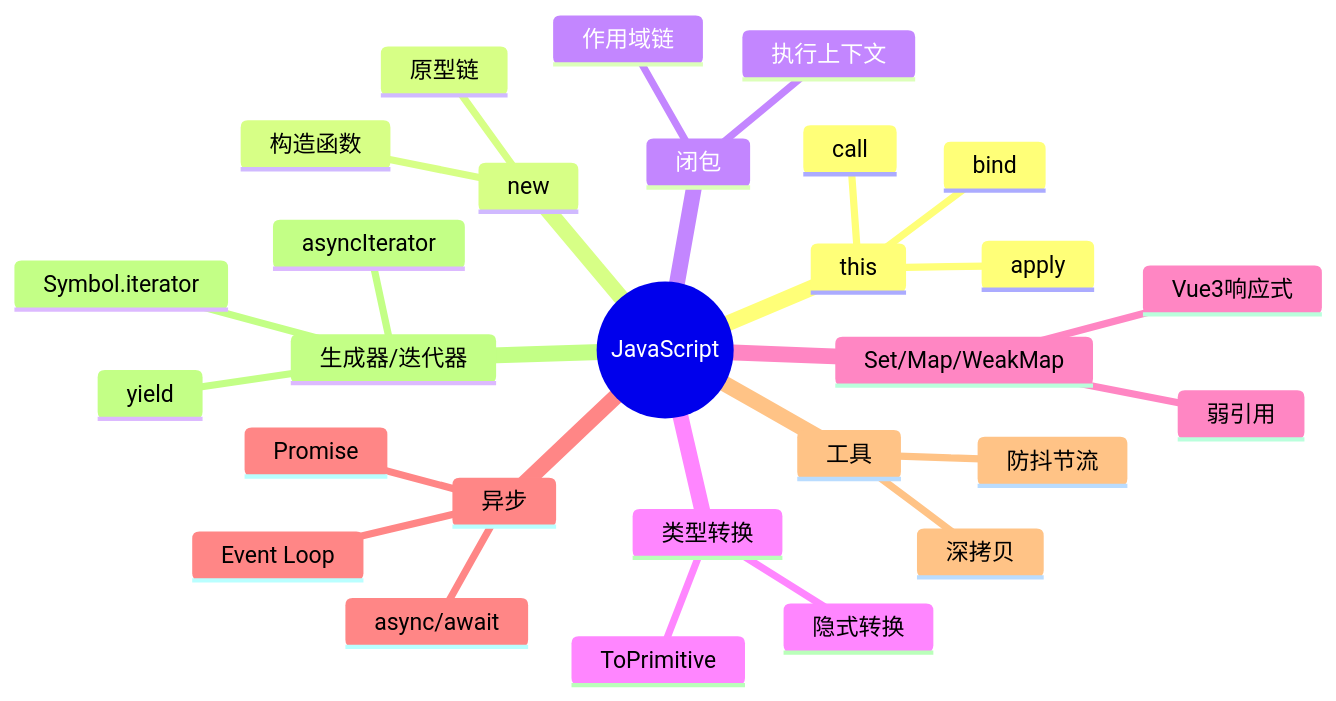
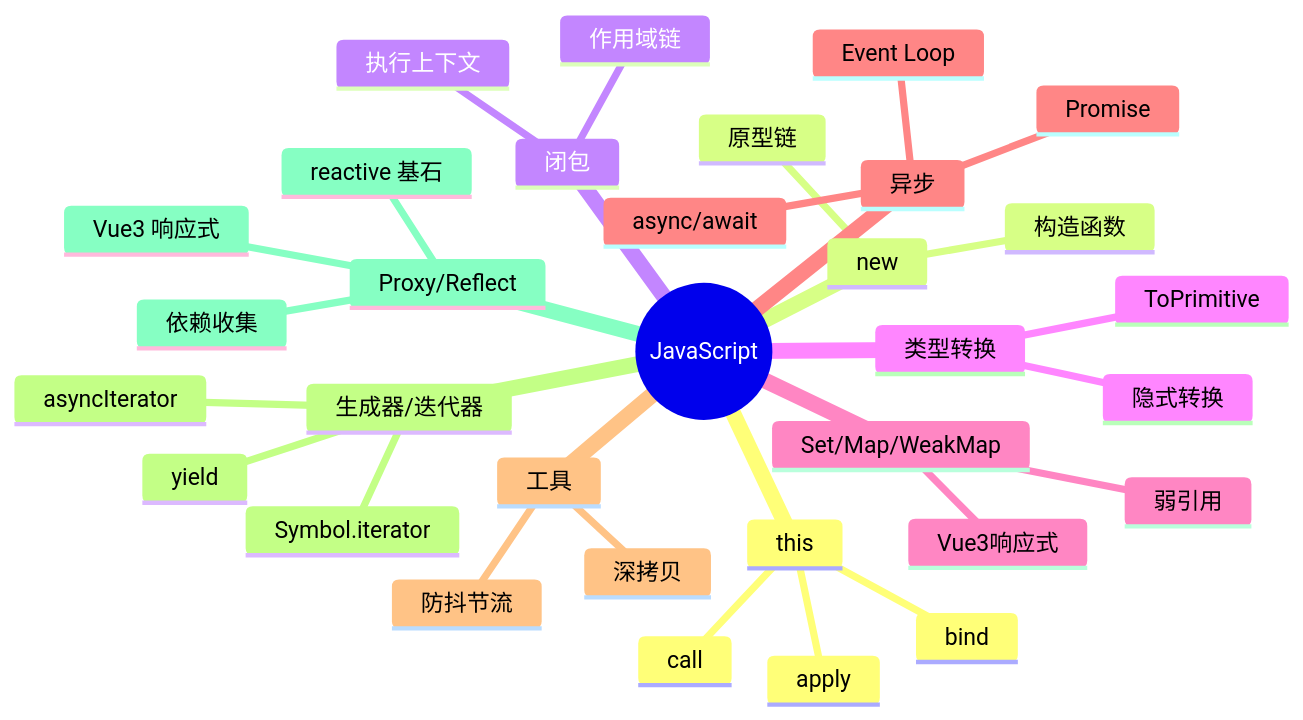
The diagram in docs/JavaScript/index.md (zjh42139/interview-notes), drawn with Mermaid before and after one commit. The commit also changed other lines of this file and 4 other files, not shown here.

Commit message:
feat: 新增 Proxy/Reflect + DOM 事件机制/事件委托子模块

````diff
--- a/docs/JavaScript/index.md
+++ b/docs/JavaScript/index.md
@@ -9,31 +9,35 @@
 ```mermaid
 mindmap
   root((JavaScript))
     this
       call
       apply
       bind
     new
       构造函数
       原型链
     闭包
       作用域链
       执行上下文
     类型转换
       隐式转换
       ToPrimitive
     Set/Map/WeakMap
       弱引用
       Vue3响应式
     异步
       Promise
       Event Loop
       async/await
     工具
       深拷贝
       防抖节流
     生成器/迭代器
       yield
       Symbol.iterator
       asyncIterator
+    Proxy/Reflect
+      reactive 基石
+      依赖收集
+      Vue3 响应式
 ```
````
